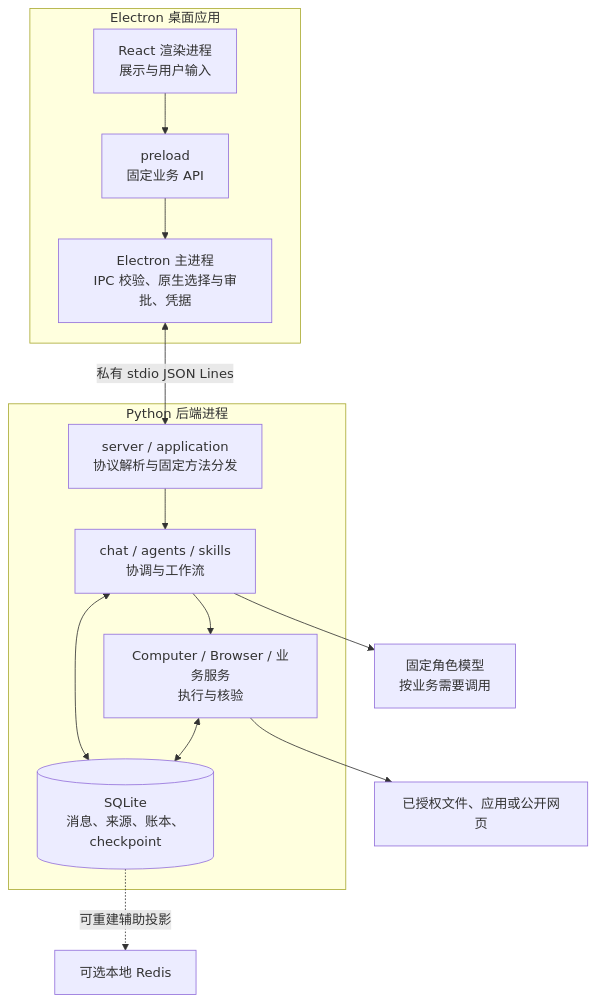
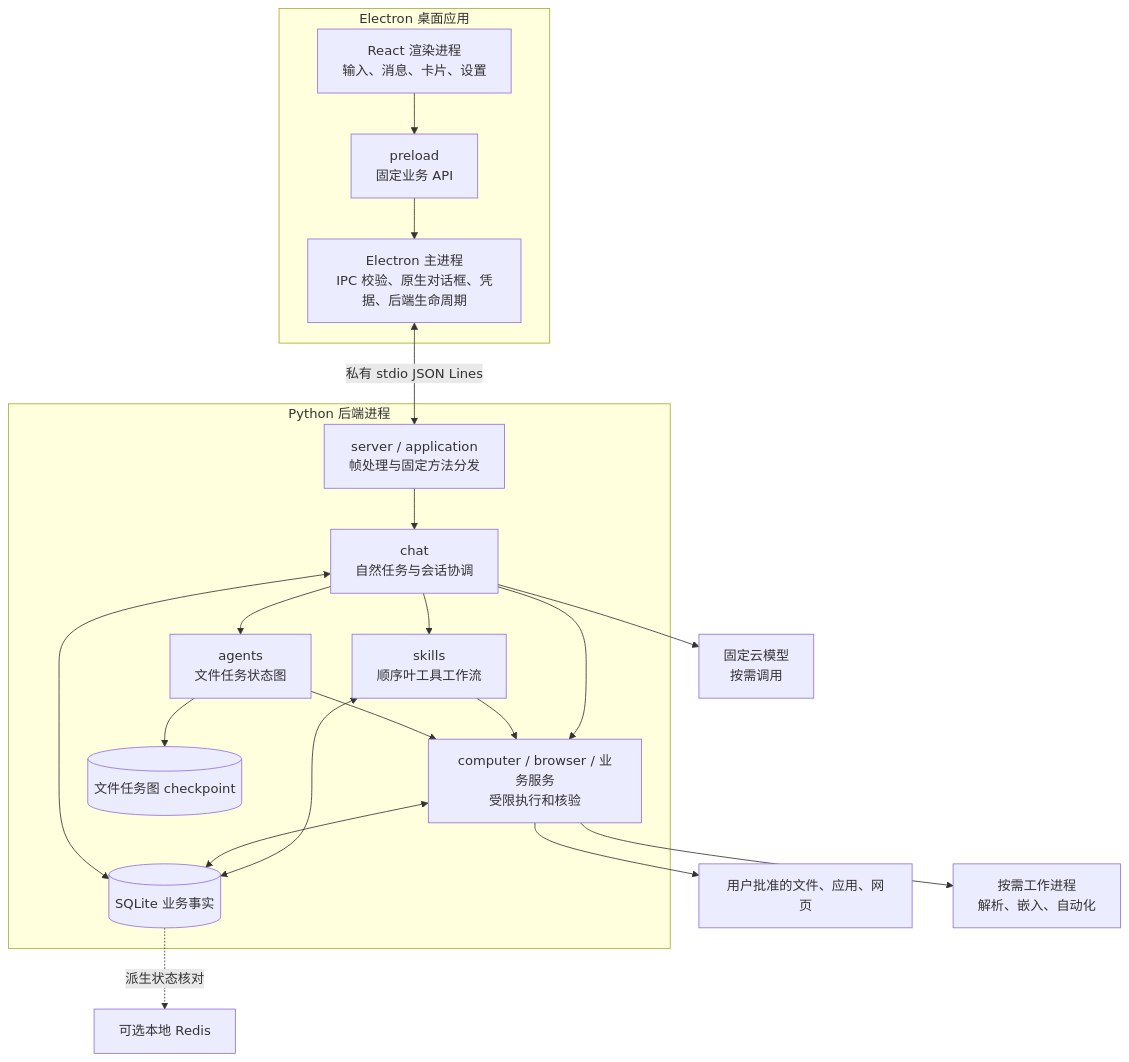
One commit to Kr1sxu/Orvia changed the first of 5 diagrams in docs/LEARNING_GUIDE.md. Above: the diagram before and after it, drawn with Mermaid. The commit also changed other lines of this file and 1 other file, not shown here.

Commit message:
docs: expand Orvia guide into full architecture tutorial

````diff
--- a/docs/LEARNING_GUIDE.md
+++ b/docs/LEARNING_GUIDE.md
@@ -17,22 +49,31 @@
 ```mermaid
 flowchart TB
-  subgraph E[Electron 桌面应用]
-    R[React 渲染进程<br/>展示与用户输入]
+  subgraph Desktop[Electron 桌面应用]
+    R[React 渲染进程<br/>输入、消息、卡片、设置]
     P[preload<br/>固定业务 API]
-    M[Electron 主进程<br/>IPC 校验、原生选择与审批、凭据]
+    M[Electron 主进程<br/>IPC 校验、原生对话框、凭据、后端生命周期]
     R --> P --> M
   end
-  subgraph B[Python 后端进程]
-    A[server / application<br/>协议解析与固定方法分发]
-    C[chat / agents / skills<br/>协调与工作流]
-    T[Computer / Browser / 业务服务<br/>执行与核验]
-    S[(SQLite<br/>消息、来源、账本、checkpoint)]
-    A --> C --> T
-    C <--> S
-    T <--> S
+  subgraph Python[Python 后端进程]
+    A[server / application<br/>帧处理与固定方法分发]
+    C[chat<br/>自然任务与会话协调]
+    W[agents<br/>文件任务状态图]
+    K[skills<br/>顺序叶工具工作流]
+    T[computer / browser / 业务服务<br/>受限执行和核验]
+    DB[(SQLite 业务事实)]
+    CP[(文件任务图 checkpoint)]
+    A --> C
+    C --> W --> T
+    C --> K --> T
+    C --> T
+    C <--> DB
+    T <--> DB
+    W --> CP
+    K <--> DB
   end
   M <-->|私有 stdio JSON Lines| A
-  C --> L[固定角色模型<br/>按业务需要调用]
-  T --> O[已授权文件、应用或公开网页]
-  S -.可重建辅助投影.-> D[可选本地 Redis]
+  C --> Model[固定云模型<br/>按需调用]
+  T --> Target[用户批准的文件、应用、网页]
+  DB -.派生状态核对.-> Redis[可选本地 Redis]
+  T --> Worker[按需工作进程<br/>解析、嵌入、自动化]
 ```
````
